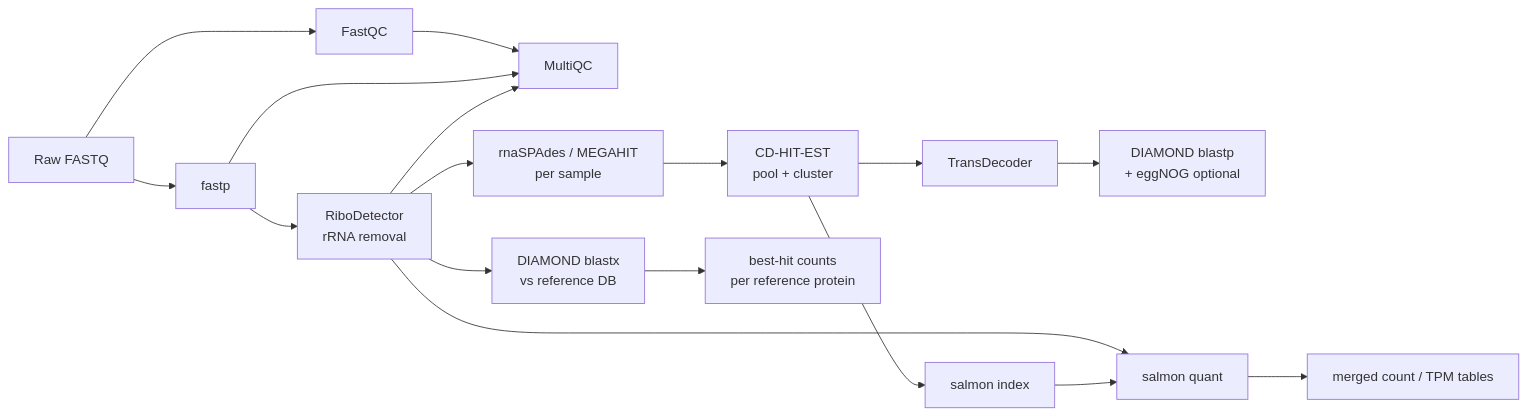
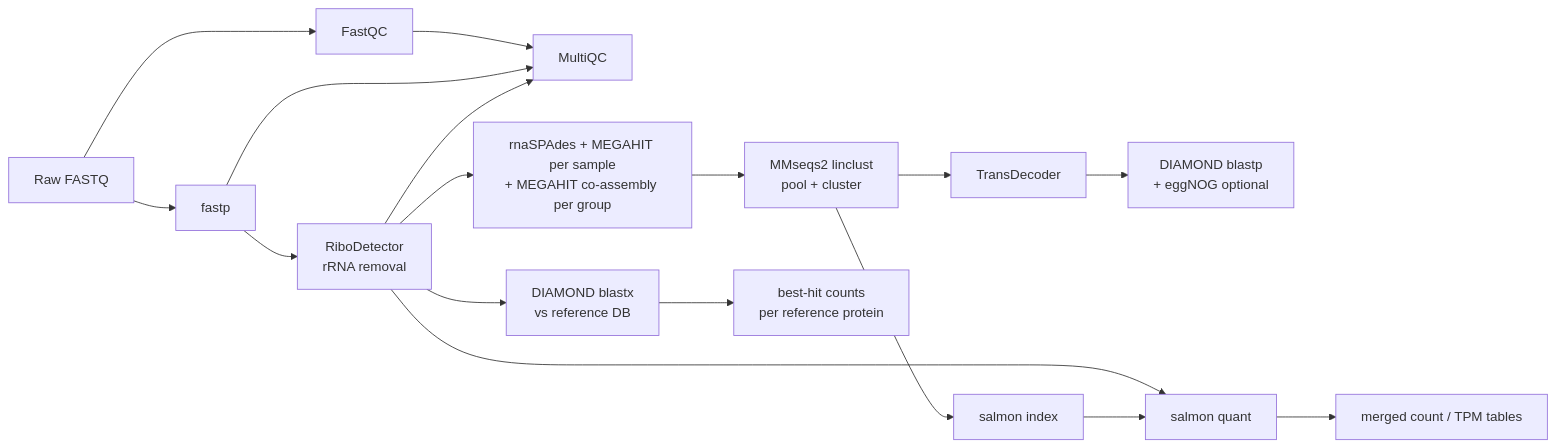
One commit to shu251/euk-bot changed the diagram in README.md. Above: the diagram before and after it, drawn with Mermaid. The commit also changed other lines of this file and 2 other files, not shown here.

````diff
--- a/README.md
+++ b/README.md
@@ -5,15 +5,15 @@
 ```mermaid
 flowchart LR
     A[Raw FASTQ] --> B[FastQC] --> M[MultiQC]
     A --> C[fastp] --> D[RiboDetector<br/>rRNA removal]
     C --> M
     D --> M
-    D --> E1[rnaSPAdes / MEGAHIT<br/>per sample]
-    E1 --> E2[CD-HIT-EST<br/>pool + cluster]
+    D --> E1[rnaSPAdes + MEGAHIT per sample<br/>+ MEGAHIT co-assembly per group]
+    E1 --> E2[MMseqs2 linclust<br/>pool + cluster]
     E2 --> E3[TransDecoder]
     E3 --> E4[DIAMOND blastp<br/>+ eggNOG optional]
     E2 --> E5[salmon index]
     D --> E6[salmon quant] --> E7[merged count / TPM tables]
     E5 --> E6
     D --> R1[DIAMOND blastx<br/>vs reference DB] --> R2[best-hit counts<br/>per reference protein]
 ```
````
